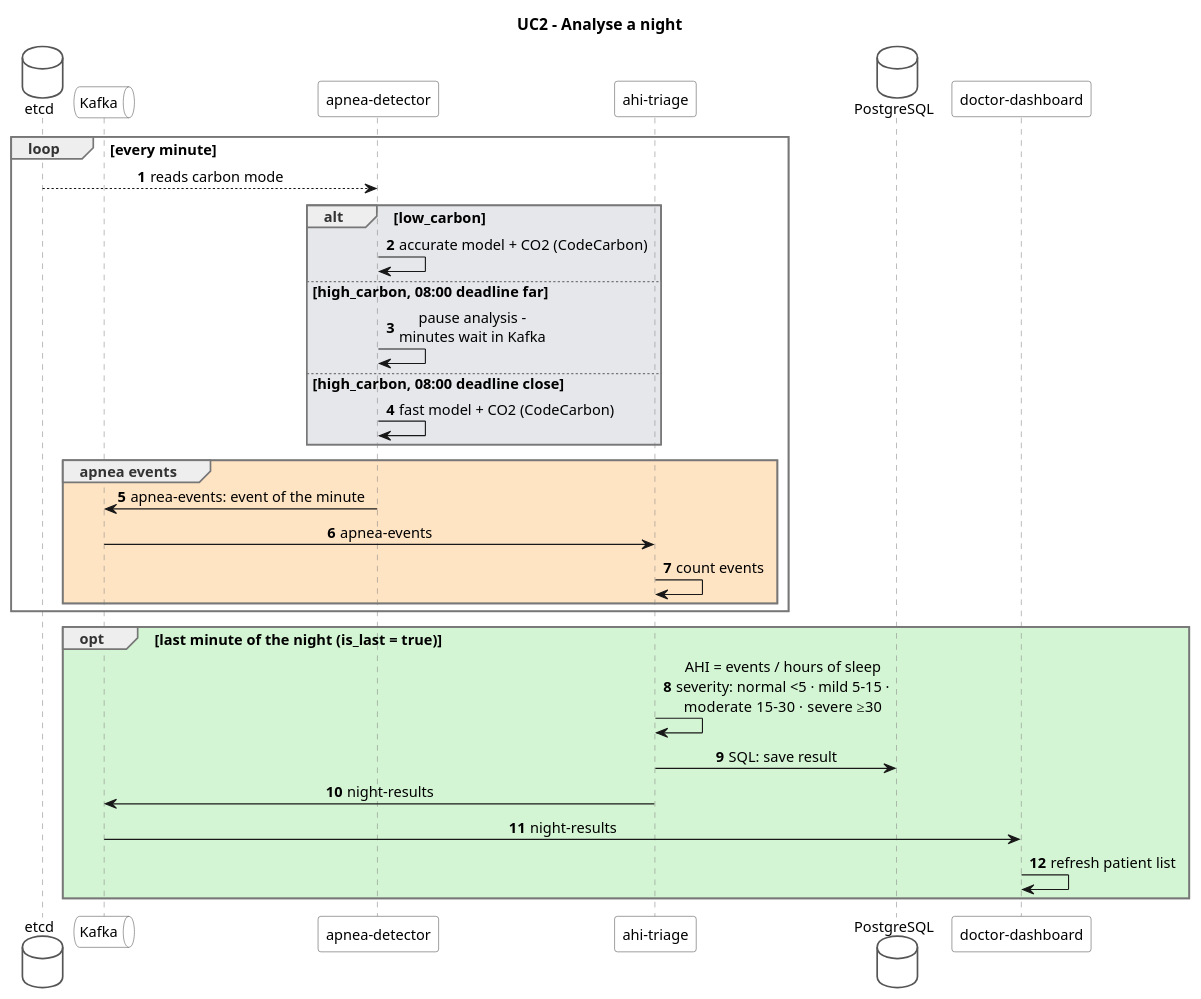
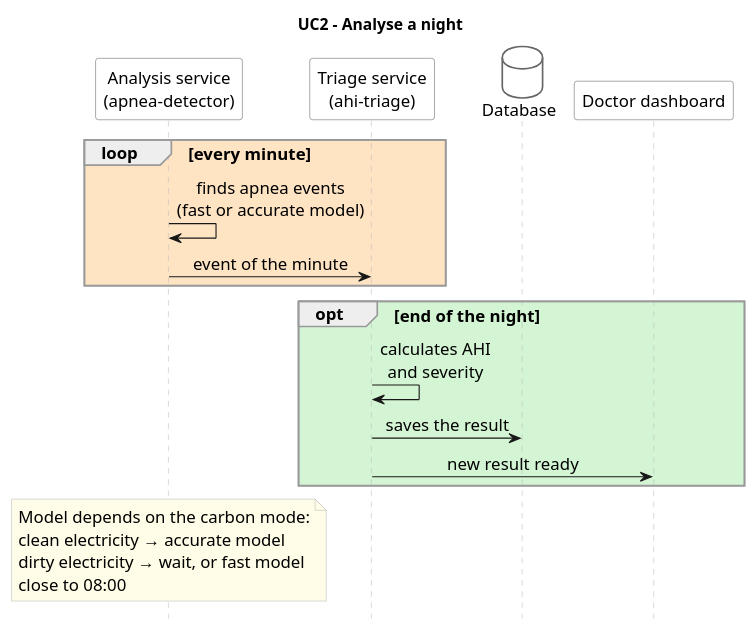
The diagram in diagrams/usecases/10.11_A_UC2-analyse-a-night_v1.puml (BarbaraKlimekTomatova/ACC1ILV-cloud-and-AI-infrastructure-for-sleep-apnea-detection-), drawn with PlantUML before and after one commit. The commit also changed 7 other files, not shown here.

Commit message:
update use cases diagrams

```diff
--- a/diagrams/usecases/10.11_A_UC2-analyse-a-night_v1.puml
+++ b/diagrams/usecases/10.11_A_UC2-analyse-a-night_v1.puml
@@ -1,62 +1,46 @@
 @startuml UC2
 skinparam shadowing false
 skinparam defaultFontName Arial
-skinparam defaultFontSize 13
+skinparam defaultFontSize 15
 skinparam sequenceMessageAlign center
-skinparam responseMessageBelowArrow true
-skinparam BoxPadding 10
 skinparam sequence {
-  LifeLineBorderColor #888888
-  ParticipantBorderColor #555555
+  LifeLineBorderColor #BBBBBB
+  ParticipantBorderColor #666666
   ParticipantBackgroundColor #FFFFFF
-  ActorBorderColor #555555
+  ActorBorderColor #666666
   ActorBackgroundColor #FFFFFF
-  GroupBorderColor #777777
-  GroupHeaderFontColor #333333
+  GroupBorderColor #999999
 }
 skinparam database {
-  BorderColor #555555
+  BorderColor #666666
   BackgroundColor #FFFFFF
 }
 skinparam queue {
-  BorderColor #555555
+  BorderColor #666666
   BackgroundColor #FFFFFF
 }
 skinparam note {
-  BorderColor #999999
+  BorderColor #BBBBBB
   BackgroundColor #FFFDE7
 }
+hide footbox
 title UC2 – Analyse a night
-autonumber
 
-database "etcd" as ETCD
-queue "Kafka" as K
-participant "apnea-detector" as DET
-participant "ahi-triage" as TRI
-database "PostgreSQL" as DB
-participant "doctor-dashboard" as DASH
+participant "Analysis service\n(apnea-detector)" as DET
+participant "Triage service\n(ahi-triage)" as TRI
+database "Database" as DB
+participant "Doctor dashboard" as DASH
 
-loop every minute
-  ETCD --> DET : reads carbon mode
-  alt #E5E7EB low_carbon
-    DET -> DET : accurate model + CO2 (CodeCarbon)
-  else high_carbon, 08:00 deadline far
-    DET -> DET : pause analysis –\nminutes wait in Kafka
-  else high_carbon, 08:00 deadline close
-    DET -> DET : fast model + CO2 (CodeCarbon)
-  end
-  group #FFE4C4 apnea events
-    DET -> K : apnea-events: event of the minute
-    K -> TRI : apnea-events
-    TRI -> TRI : count events
-  end
+loop #FFE4C4 every minute
+  DET -> DET : finds apnea events\n(fast or accurate model)
+  DET -> TRI : event of the minute
 end
 
-opt #D4F5D4 last minute of the night (is_last = true)
-  TRI -> TRI : AHI = events / hours of sleep\nseverity: normal <5 · mild 5–15 ·\nmoderate 15–30 · severe ≥30
-  TRI -> DB : SQL: save result
-  TRI -> K : night-results
-  K -> DASH : night-results
-  DASH -> DASH : refresh patient list
+opt #D4F5D4 end of the night
+  TRI -> TRI : calculates AHI\nand severity
+  TRI -> DB : saves the result
+  TRI -> DASH : new result ready
 end
+
+note over DET : Model depends on the carbon mode:\nclean electricity → accurate model\ndirty electricity → wait, or fast model\nclose to 08:00
 @enduml
```
